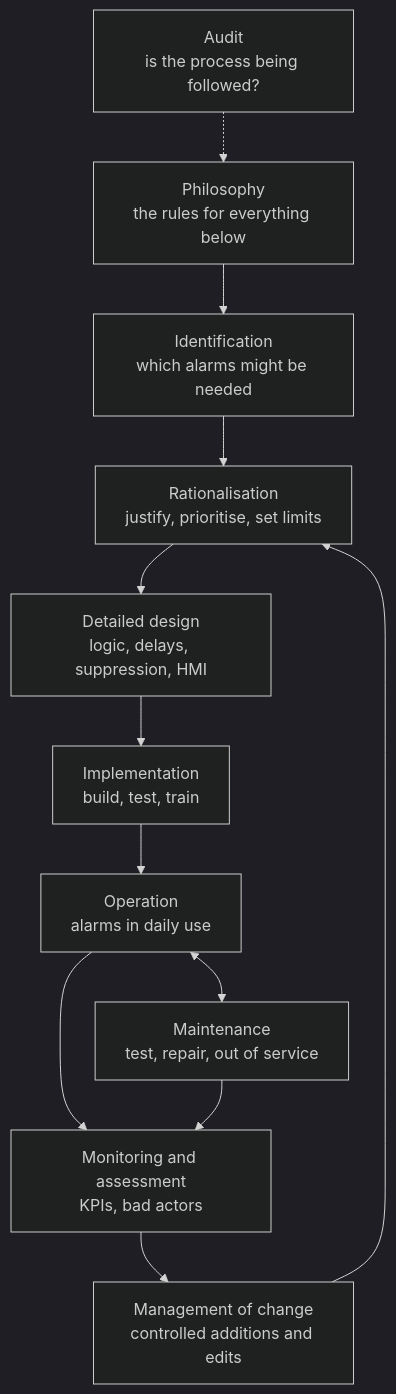
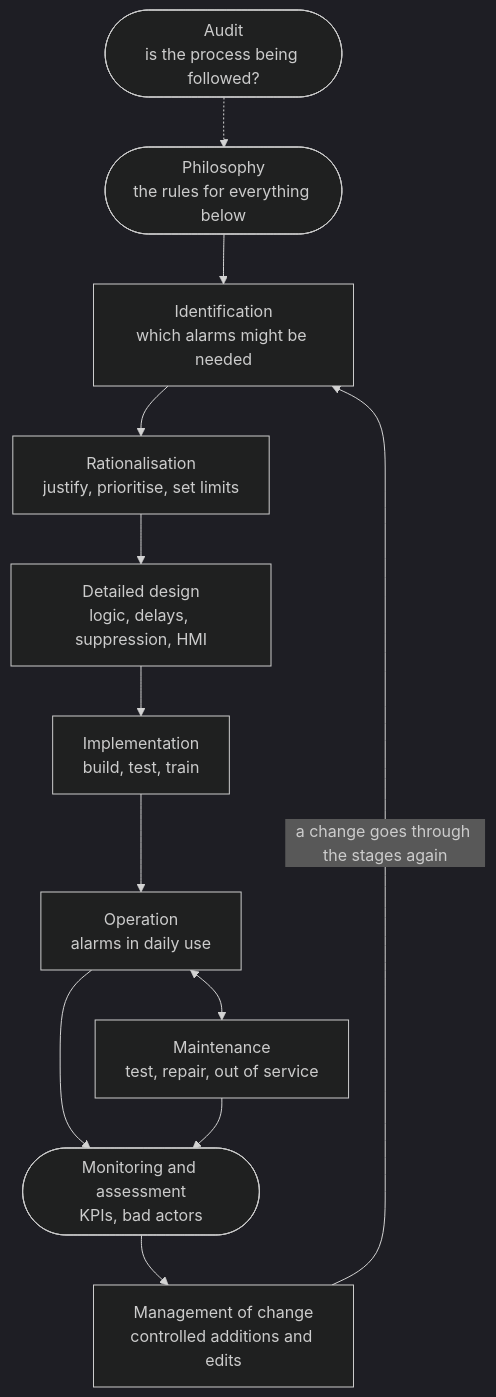
The first of 3 diagrams in plc-course/16-alarms-and-diagnostics/README.md (Will1234-pixel/Word), drawn with Mermaid (dark theme) before and after one commit. The commit also changed other lines of this file and 57 other files, not shown here.

````diff
--- a/plc-course/16-alarms-and-diagnostics/README.md
+++ b/plc-course/16-alarms-and-diagnostics/README.md
@@ -152,14 +155,14 @@
 ```mermaid
 flowchart TD
-    A[Philosophy<br/>the rules for everything below] --> B[Identification<br/>which alarms might be needed]
+    A([Philosophy<br/>the rules for everything below]) --> B[Identification<br/>which alarms might be needed]
     B --> C[Rationalisation<br/>justify, prioritise, set limits]
     C --> D[Detailed design<br/>logic, delays, suppression, HMI]
     D --> E[Implementation<br/>build, test, train]
     E --> F[Operation<br/>alarms in daily use]
     F <--> G[Maintenance<br/>test, repair, out of service]
-    F --> H[Monitoring and assessment<br/>KPIs, bad actors]
+    F --> H([Monitoring and assessment<br/>KPIs, bad actors])
     G --> H
     H --> I[Management of change<br/>controlled additions and edits]
-    I --> C
-    J[Audit<br/>is the process being followed?] -.-> A
+    I -->|a change goes through the stages again| B
+    J([Audit<br/>is the process being followed?]) -.-> A
 ```
````
